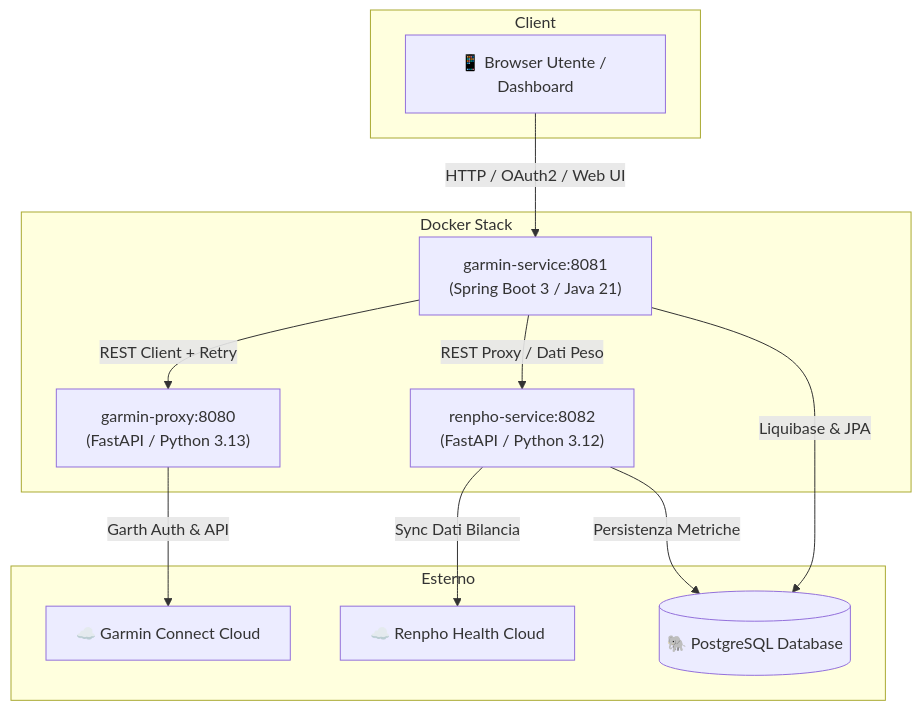
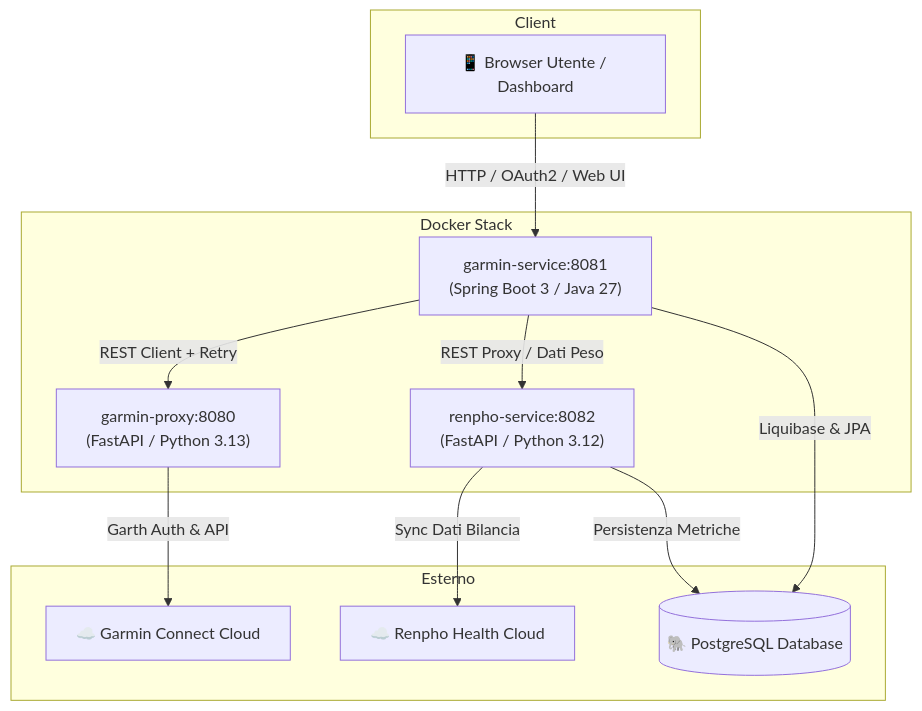
The diagram in README.md (giuseppefrattura/python-garminconnect), drawn with Mermaid before and after one commit. The commit also changed other lines of this file and 12 other files, not shown here.

Commit message:
feat: add Garmin wellness dashboard and Java 27 runtime

````diff
--- a/README.md
+++ b/README.md
@@ -62,26 +62,26 @@
 ```mermaid
 flowchart TD
     subgraph Client
         Browser[📱 Browser Utente / Dashboard]
     end
 
     subgraph Docker Stack
         GP["garmin-proxy:8080<br/>(FastAPI / Python 3.13)"]
-        GS["garmin-service:8081<br/>(Spring Boot 3 / Java 21)"]
+        GS["garmin-service:8081<br/>(Spring Boot 3 / Java 27)"]
         RS["renpho-service:8082<br/>(FastAPI / Python 3.12)"]
     end
 
     subgraph Esterno
         GC[☁️ Garmin Connect Cloud]
         RC[☁️ Renpho Health Cloud]
         DB[(🐘 PostgreSQL Database)]
     end
 
     Browser -->|HTTP / OAuth2 / Web UI| GS
     GS -->|REST Client + Retry| GP
     GS -->|REST Proxy / Dati Peso| RS
     GS -->|Liquibase & JPA| DB
     RS -->|Persistenza Metriche| DB
     GP -->|Garth Auth & API| GC
     RS -->|Sync Dati Bilancia| RC
 ```
````
